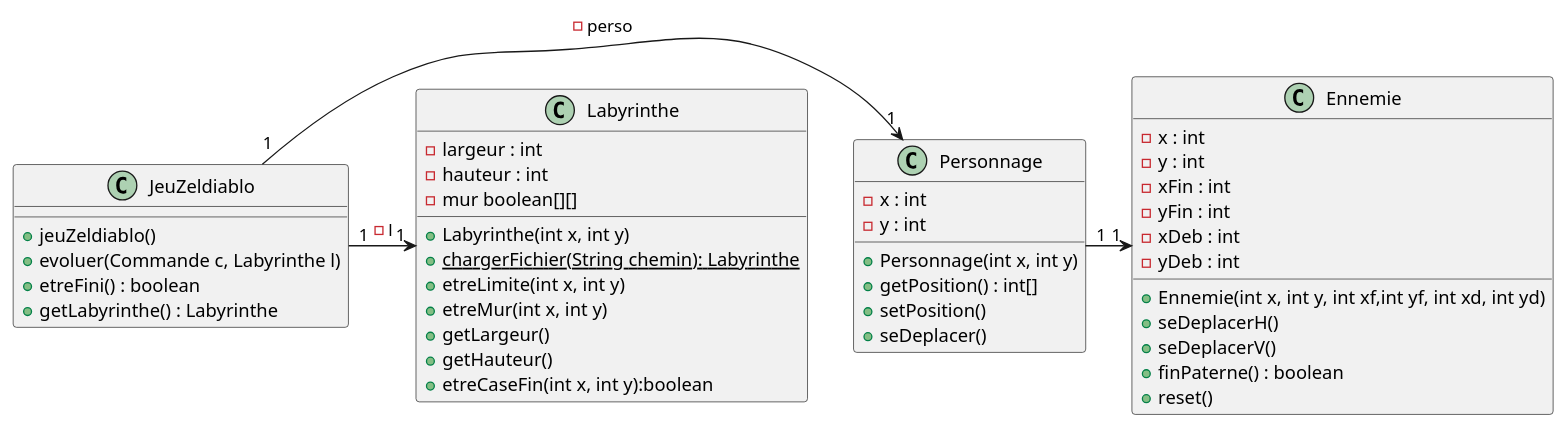
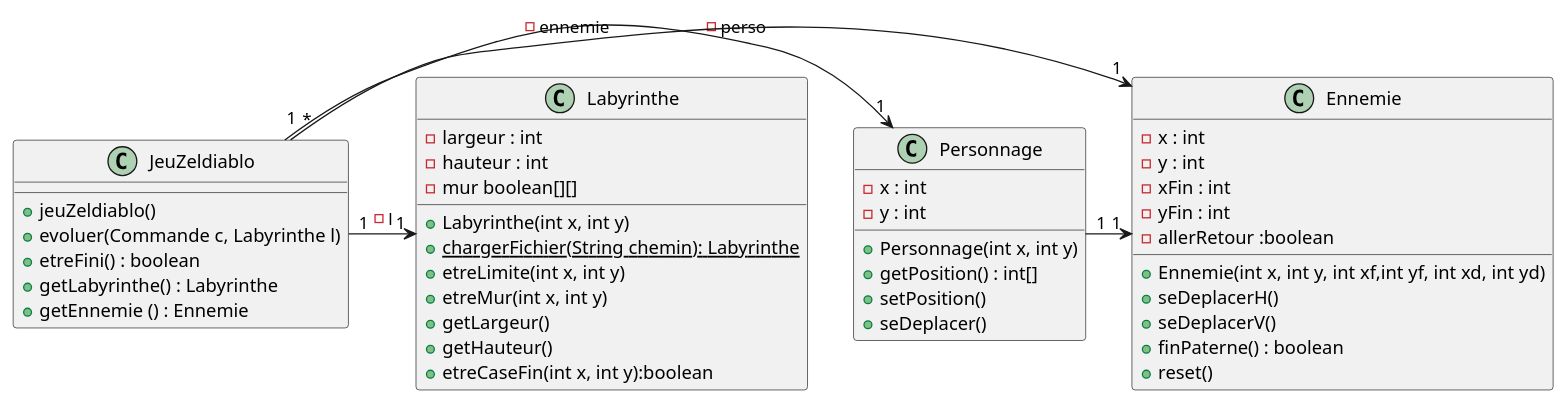
Before and after one commit to D-Lilian09/2026_COO_Zeldiablo_DU-HE-MA-PA: the diagram in documents/version_3/DiagrammeDeClasse_V3.puml, drawn with PlantUML.

Commit message:
modifications des digramme de classe

```diff
--- a/documents/version_3/DiagrammeDeClasse_V3.puml
+++ b/documents/version_3/DiagrammeDeClasse_V3.puml
@@ -1,56 +1,57 @@
 @startuml
 
 class Personnage{
 
     - x : int
     - y : int
 
     + Personnage(int x, int y)
     + getPosition() : int[]
     + setPosition()
     + seDeplacer()
 }
 
 class Labyrinthe {
     - largeur : int
     - hauteur : int
     - mur boolean[][]
 
     + Labyrinthe(int x, int y)
     {static} + chargerFichier(String chemin): Labyrinthe
     + etreLimite(int x, int y)
     + etreMur(int x, int y)
     + getLargeur()
     + getHauteur()
     + etreCaseFin(int x, int y):boolean
 }
 class JeuZeldiablo{
 
     + jeuZeldiablo()
     + evoluer(Commande c, Labyrinthe l)
     + etreFini() : boolean
     + getLabyrinthe() : Labyrinthe
+    + getEnnemie () : Ennemie
 }
 
 class Ennemie{
     - x : int
     - y : int
     - xFin : int
     - yFin : int
-    - xDeb : int
-    - yDeb : int
+    - allerRetour :boolean
 
     + Ennemie(int x, int y, int xf,int yf, int xd, int yd)
     + seDeplacerH()
     + seDeplacerV()
     + finPaterne() : boolean
     + reset()
 
 }
 
 
 JeuZeldiablo"1" -> "1" Personnage : - perso
+JeuZeldiablo"*" -> "1" Ennemie : - ennemie
 JeuZeldiablo"1" -> "1" Labyrinthe : - l
 Personnage"1 " ->  "1" Ennemie
 
 @enduml
```
